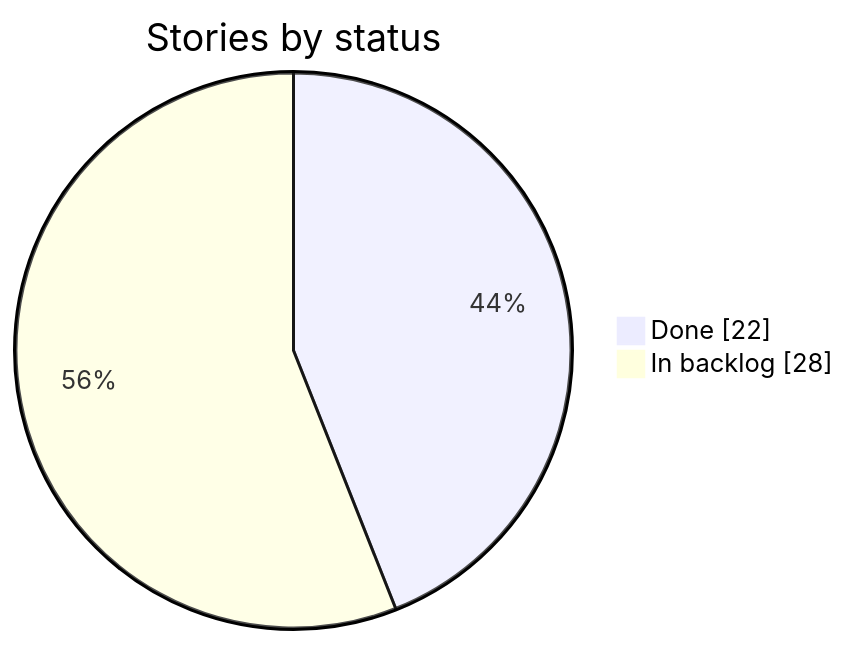
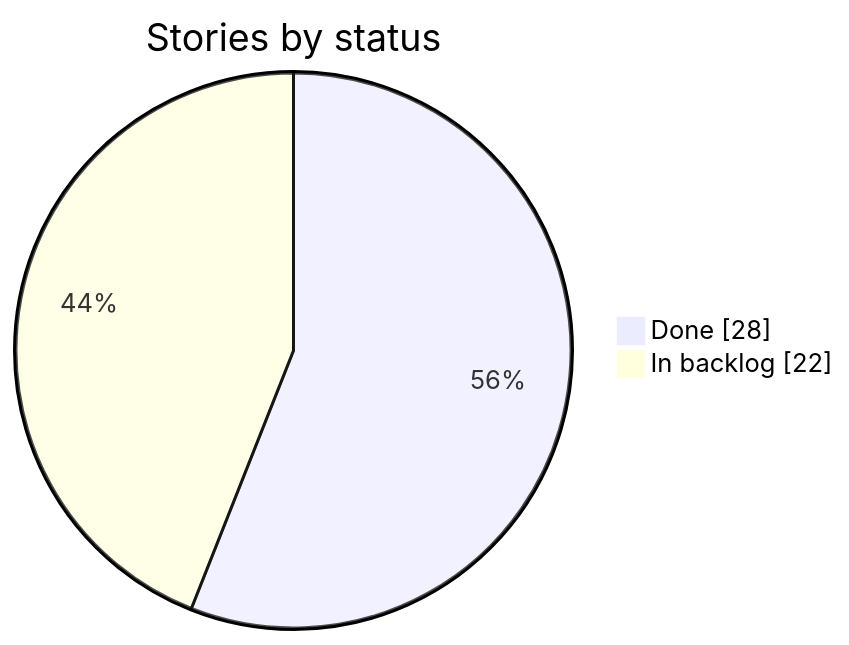
One commit to carloshumbertoreyesortiz/agentic-sdlc-pilot changed the second of 2 diagrams in DASHBOARD.md. Above: the diagram before and after it, drawn with Mermaid. The commit also changed other lines of this file, not shown here.

````diff
--- a/DASHBOARD.md
+++ b/DASHBOARD.md
@@ -73,6 +73,6 @@
 ```mermaid
 pie showData
     title Stories by status
-    "Done" : 22
-    "In backlog" : 28
+    "Done" : 28
+    "In backlog" : 22
 ```
````
